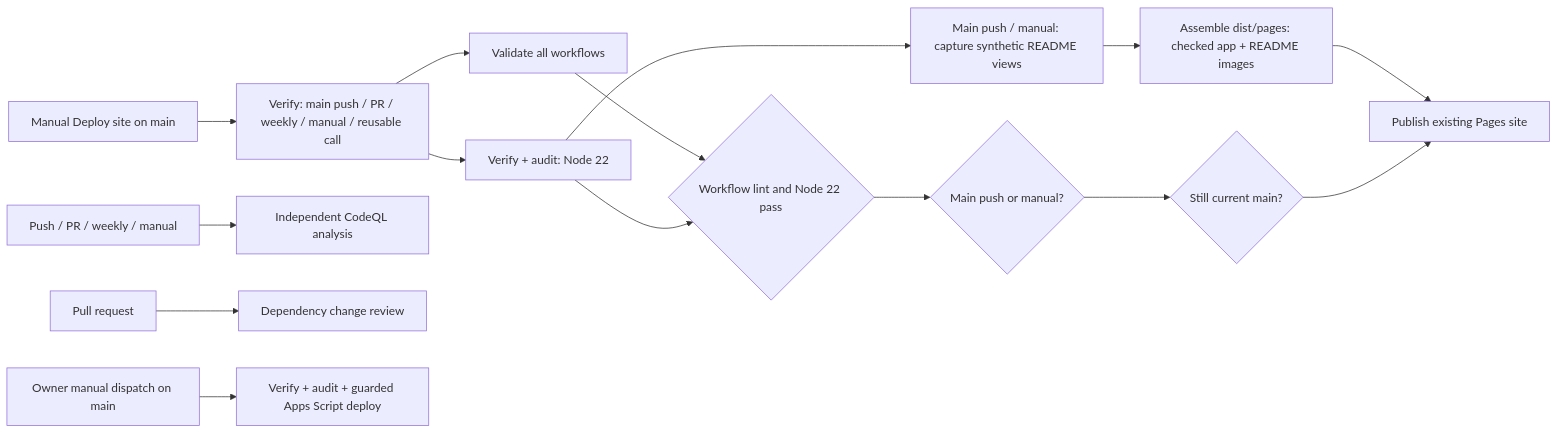
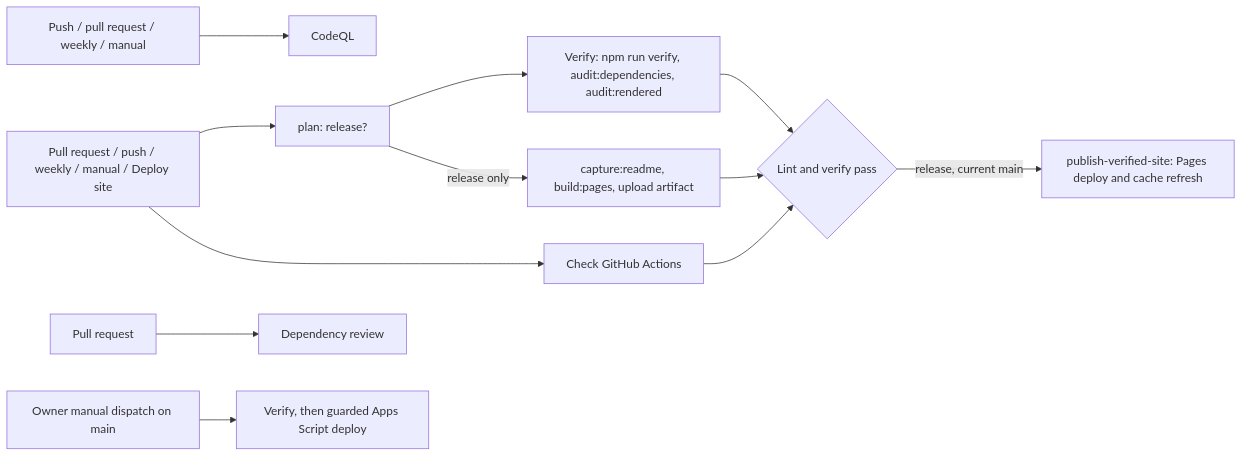
One commit to AlbiDR/FolioDash changed the diagram in docs/operations/github-actions.md. Above: the diagram before and after it, drawn with Mermaid. The commit also changed other lines of this file and 8 other files, not shown here.

Commit message:
ci: share one setup, decide the release once, and run the audits as one script

````diff
--- a/docs/operations/github-actions.md
+++ b/docs/operations/github-actions.md
@@ -7,17 +28,14 @@
 ```mermaid
 flowchart LR
-    manual[Manual Deploy site on main] --> events[Verify: main push / PR / weekly / manual / reusable call]
-    events --> workflows[Validate all workflows]
-    events --> node22[Verify + audit: Node 22]
-    node22 --> capture[Main push / manual: capture synthetic README views]
-    capture --> artifact[Assemble dist/pages: checked app + README images]
-    workflows --> gate{Workflow lint and Node 22 pass}
-    node22 --> gate
-    gate --> eligible{Main push or manual?}
-    eligible --> current{Still current main?}
-    artifact --> pages[Publish existing Pages site]
-    current --> pages
-    security[Push / PR / weekly / manual] --> codeql[Independent CodeQL analysis]
-    pr[Pull request] --> review[Dependency change review]
-    owner[Owner manual dispatch on main] --> script[Verify + audit + guarded Apps Script deploy]
+    trigger[Pull request / push / weekly / manual / Deploy site] --> plan[plan: release?]
+    trigger --> lint[Check GitHub Actions]
+    plan --> verify[Verify: npm run verify, audit:dependencies, audit:rendered]
+    plan -->|release only| build[capture:readme, build:pages, upload artifact]
+    lint --> gate{Lint and verify pass}
+    verify --> gate
+    build --> gate
+    gate -->|release, current main| publish[publish-verified-site: Pages deploy and cache refresh]
+    security[Push / pull request / weekly / manual] --> codeql[CodeQL]
+    pr[Pull request] --> review[Dependency review]
+    owner[Owner manual dispatch on main] --> script[Verify, then guarded Apps Script deploy]
 ```
````
